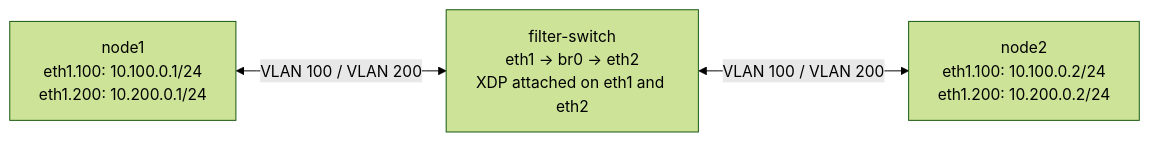
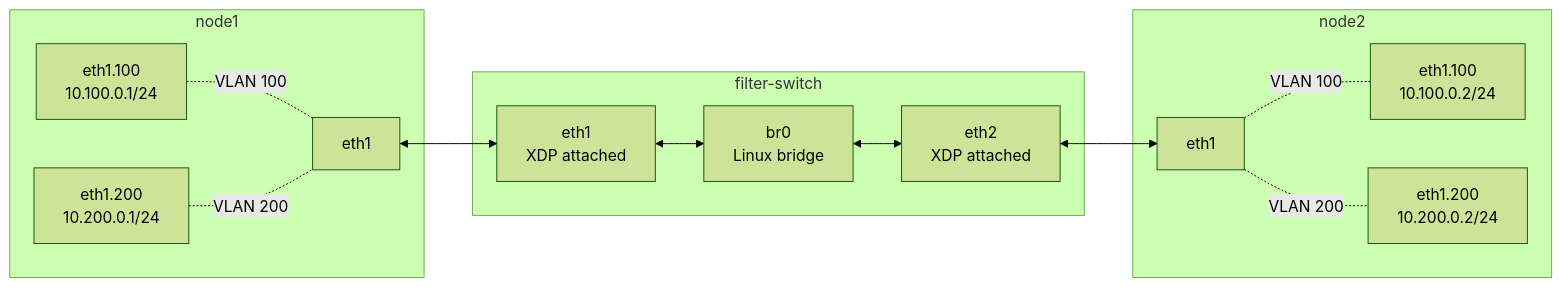
Before and after one commit to atoummomen/xdp-vlan-policy-filter: the first of 2 diagrams in README.md, drawn with Mermaid (forest theme). The commit also changed other lines of this file, not shown here.

Commit message:
docs: improve topology visualization

````diff
--- a/README.md
+++ b/README.md
@@ -48,9 +48,29 @@
 ```mermaid
 flowchart LR
-    N1["node1<br/>eth1.100: 10.100.0.1/24<br/>eth1.200: 10.200.0.1/24"]
-    FS["filter-switch<br/>eth1 → br0 → eth2<br/>XDP attached on eth1 and eth2"]
-    N2["node2<br/>eth1.100: 10.100.0.2/24<br/>eth1.200: 10.200.0.2/24"]
+    subgraph N1[node1]
+        N1E[eth1]
+        N1100[eth1.100<br/>10.100.0.1/24]
+        N1200[eth1.200<br/>10.200.0.1/24]
+    end
 
-    N1 <-->|"VLAN 100 / VLAN 200"| FS
-    FS <-->|"VLAN 100 / VLAN 200"| N2
+    subgraph FS[filter-switch]
+        F1[eth1<br/>XDP attached]
+        BR[br0<br/>Linux bridge]
+        F2[eth2<br/>XDP attached]
+    end
+
+    subgraph N2[node2]
+        N2E[eth1]
+        N2100[eth1.100<br/>10.100.0.2/24]
+        N2200[eth1.200<br/>10.200.0.2/24]
+    end
+
+    N1100 -. VLAN 100 .- N1E
+    N1200 -. VLAN 200 .- N1E
+    N1E <--> F1
+    F1 <--> BR
+    BR <--> F2
+    F2 <--> N2E
+    N2E -. VLAN 100 .- N2100
+    N2E -. VLAN 200 .- N2200
 ```
````
